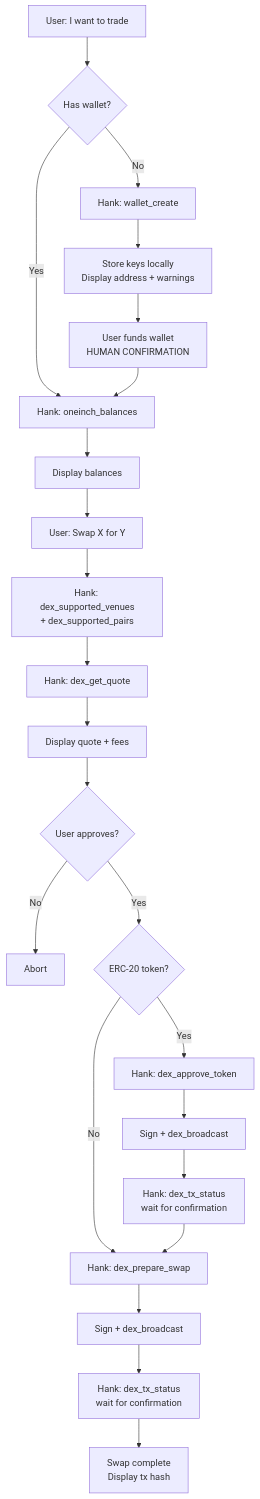
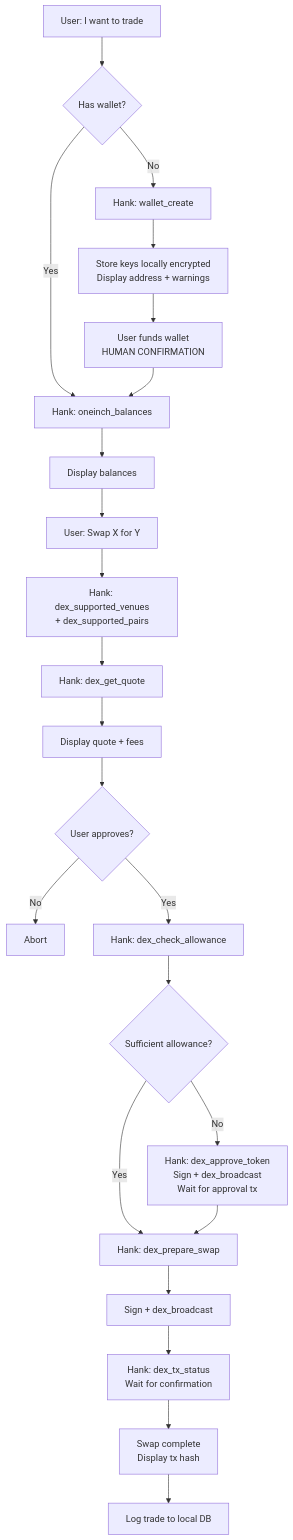
Before and after one commit to MangroveTechnologies/app-in-a-box: the first of 4 diagrams in docs/user-stories.md, drawn with Mermaid. The commit also changed other lines of this file, not shown here.

First line of the commit message:
revise user stories + flows with architecture decisions

````diff
--- a/docs/user-stories.md
+++ b/docs/user-stories.md
@@ -112,25 +153,25 @@
 ```mermaid
 flowchart TD
     A[User: I want to trade] --> B{Has wallet?}
     B -->|No| C[Hank: wallet_create]
-    C --> D[Store keys locally<br/>Display address + warnings]
+    C --> D[Store keys locally encrypted<br/>Display address + warnings]
     D --> E[User funds wallet<br/>HUMAN CONFIRMATION]
     B -->|Yes| F[Hank: oneinch_balances]
     E --> F
     F --> G[Display balances]
     G --> H[User: Swap X for Y]
     H --> I[Hank: dex_supported_venues<br/>+ dex_supported_pairs]
     I --> J[Hank: dex_get_quote]
     J --> K[Display quote + fees]
     K --> L{User approves?}
     L -->|No| M[Abort]
-    L -->|Yes| N{ERC-20 token?}
-    N -->|Yes| O[Hank: dex_approve_token]
-    O --> P[Sign + dex_broadcast]
-    P --> Q[Hank: dex_tx_status<br/>wait for confirmation]
-    N -->|No| R[Hank: dex_prepare_swap]
-    Q --> R
-    R --> S[Sign + dex_broadcast]
-    S --> T[Hank: dex_tx_status<br/>wait for confirmation]
-    T --> U[Swap complete<br/>Display tx hash]
+    L -->|Yes| N[Hank: dex_check_allowance]
+    N --> O{Sufficient allowance?}
+    O -->|No| P[Hank: dex_approve_token<br/>Sign + dex_broadcast<br/>Wait for approval tx]
+    O -->|Yes| Q[Hank: dex_prepare_swap]
+    P --> Q
+    Q --> R[Sign + dex_broadcast]
+    R --> S[Hank: dex_tx_status<br/>Wait for confirmation]
+    S --> T[Swap complete<br/>Display tx hash]
+    T --> U[Log trade to local DB]
 ```
````
